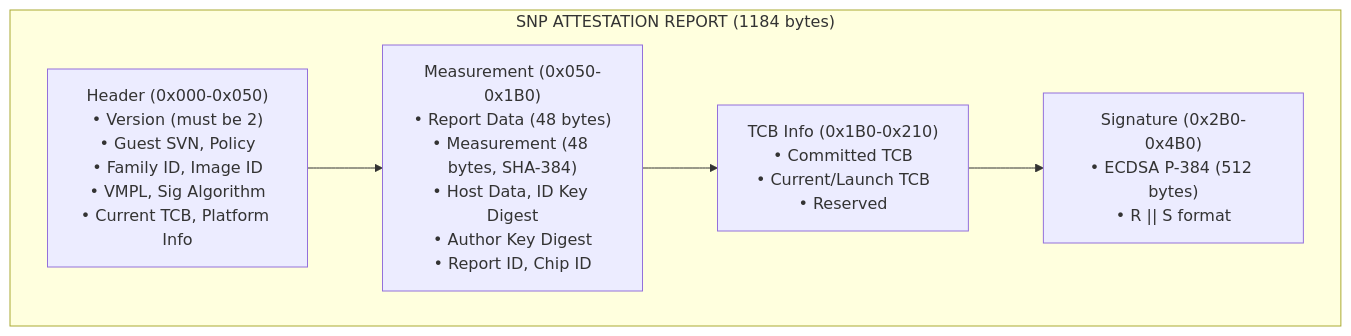
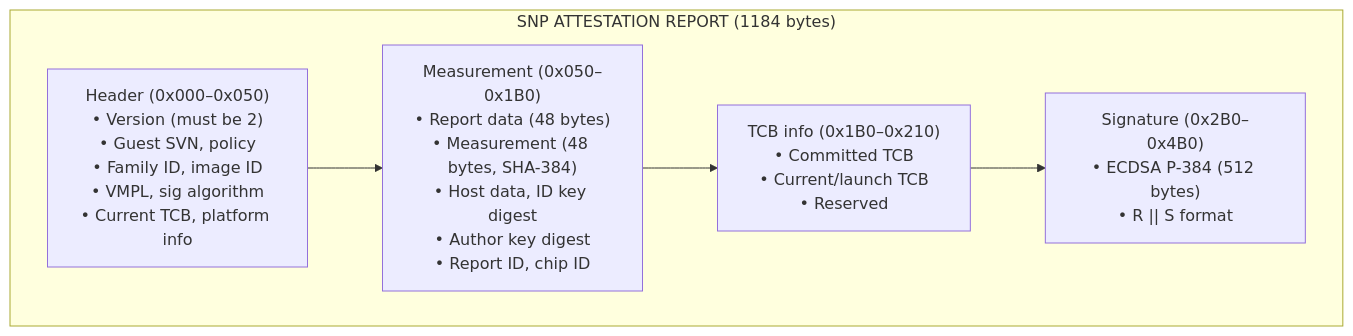
Before and after one commit to V-k-h/roots-of-trust: the third of 12 diagrams in posts/04-cross-platform-attestation.md, drawn with Mermaid. The commit also changed other lines of this file, not shown here.

First line of the commit message:
Improve clarity and formatting in cross-platform attestation post

````diff
--- a/posts/04-cross-platform-attestation.md
+++ b/posts/04-cross-platform-attestation.md
@@ -99,14 +108,15 @@
 ```mermaid
 flowchart TD
     subgraph Report["SNP ATTESTATION REPORT (1184 bytes)"]
-        Header["Header (0x000-0x050)\n• Version (must be 2)\n• Guest SVN, Policy\n• Family ID, Image ID\n• VMPL, Sig Algorithm\n• Current TCB, Platform Info"]
+        Header["Header (0x000–0x050)<br>• Version (must be 2)<br>• Guest SVN, policy<br>• Family ID, image ID<br>• VMPL, sig algorithm<br>• Current TCB, platform info"]
         
-        Measurement["Measurement (0x050-0x1B0)\n• Report Data (48 bytes)\n• Measurement (48 bytes, SHA-384)\n• Host Data, ID Key Digest\n• Author Key Digest\n• Report ID, Chip ID"]
+        Measurement["Measurement (0x050–0x1B0)<br>• Report data (48 bytes)<br>• Measurement (48 bytes, SHA-384)<br>• Host data, ID key digest<br>• Author key digest<br>• Report ID, chip ID"]
         
-        TCB["TCB Info (0x1B0-0x210)\n• Committed TCB\n• Current/Launch TCB\n• Reserved"]
+        TCB["TCB info (0x1B0–0x210)<br>• Committed TCB<br>• Current/launch TCB<br>• Reserved"]
         
-        Signature["Signature (0x2B0-0x4B0)\n• ECDSA P-384 (512 bytes)\n• R || S format"]
+        Signature["Signature (0x2B0–0x4B0)<br>• ECDSA P-384 (512 bytes)<br>• R || S format"]
     end
     
     Header --> Measurement --> TCB --> Signature
+
 ```
````
